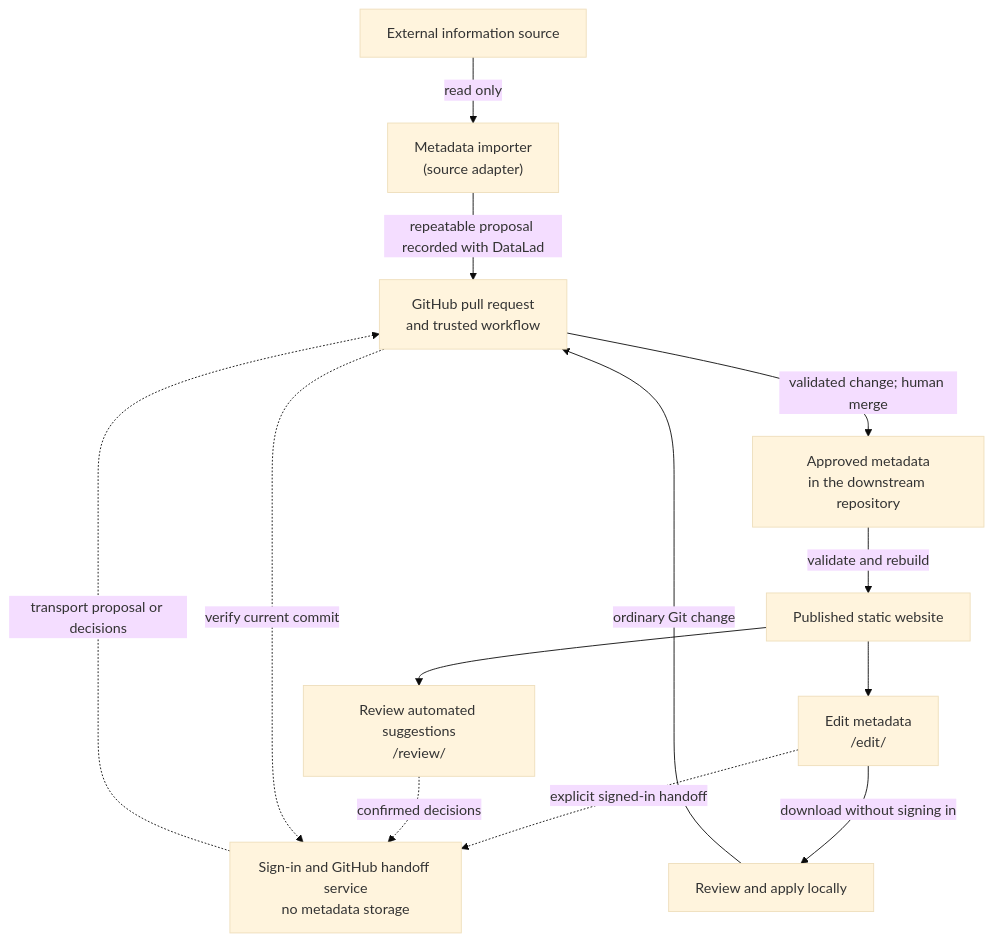
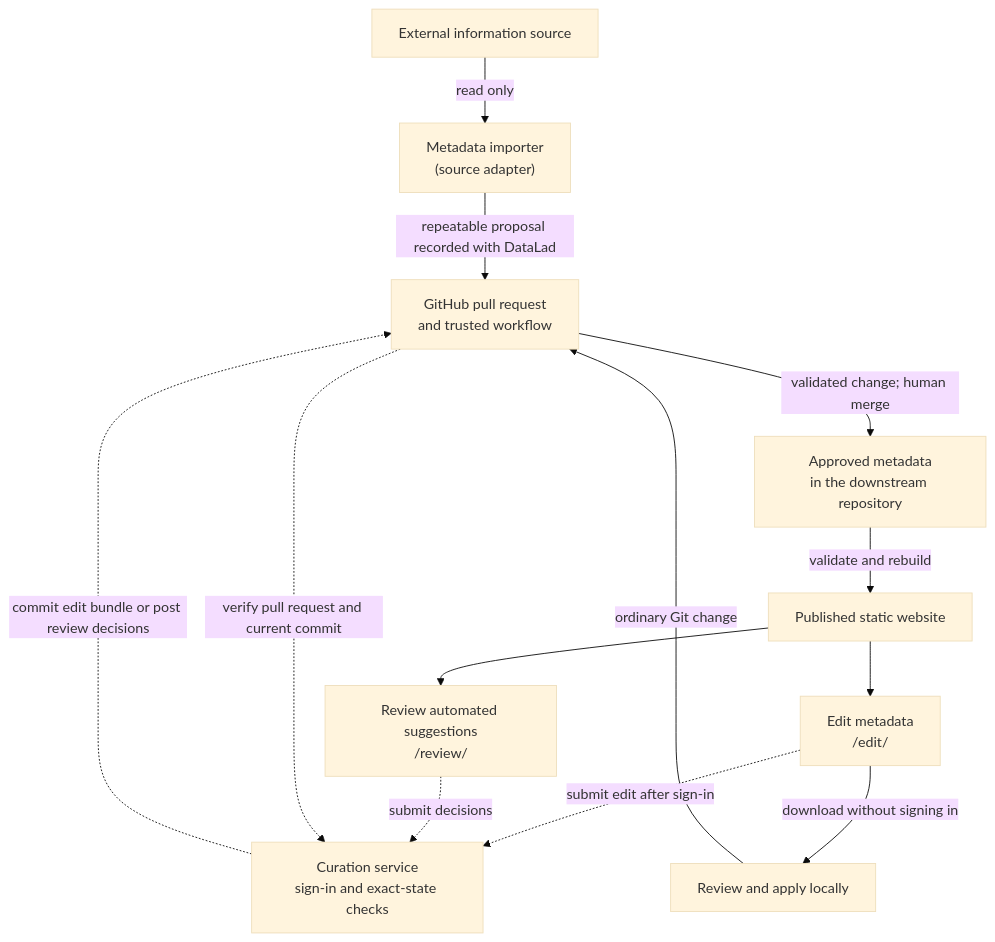
The second of 2 diagrams in docs/project-design.md (ORINOCO-Lite/orinoco-lite-dev), drawn with Mermaid (base theme) before and after one commit. The commit also changed other lines of this file and 1 other file, not shown here.

Commit message:
remove ambiguous language for curation workflow

````diff
--- a/docs/project-design.md
+++ b/docs/project-design.md
@@ -188,21 +189,21 @@
 ```mermaid
 flowchart TB
   sources["External information source"] -->|"read only"| adapters["Metadata importer<br/>(source adapter)"]
   adapters -->|"repeatable proposal recorded with DataLad"| github["GitHub pull request<br/>and trusted workflow"]
 
   site["Published static website"] --> edit["Edit metadata<br/>/edit/"]
   site --> review["Review automated suggestions<br/>/review/"]
   edit -->|"download without signing in"| local["Review and apply locally"]
   local -->|"ordinary Git change"| github
-  edit -.->|"explicit signed-in handoff"| service["Sign-in and GitHub handoff service<br/>no metadata storage"]
-  review -.->|"confirmed decisions"| service
-  github -.->|"verify current commit"| service
-  service -.->|"transport proposal or decisions"| github
+  edit -.->|"submit edit after sign-in"| service["Curation service<br/>sign-in and exact-state checks"]
+  review -.->|"submit decisions"| service
+  github -.->|"verify pull request and current commit"| service
+  service -.->|"commit edit bundle or post review decisions"| github
 
   github -->|"validated change; human merge"| canonical["Approved metadata<br/>in the downstream repository"]
   canonical -->|"validate and rebuild"| site
 
   click adapters "https://github.com/ORINOCO-Lite/orinoco-lite-dev/blob/main/docs/agents/contract/source-adapters.md" "Open the source-adapter contract"
   click service "https://github.com/ORINOCO-Lite/orinoco-lite-dev/tree/main/packages/curation-review-app" "Open the curation service"
   click github "https://github.com/ORINOCO-Lite/orinoco-lite-dev/tree/main/docs/agents/contract" "Open the normative contracts"
 ```
````
